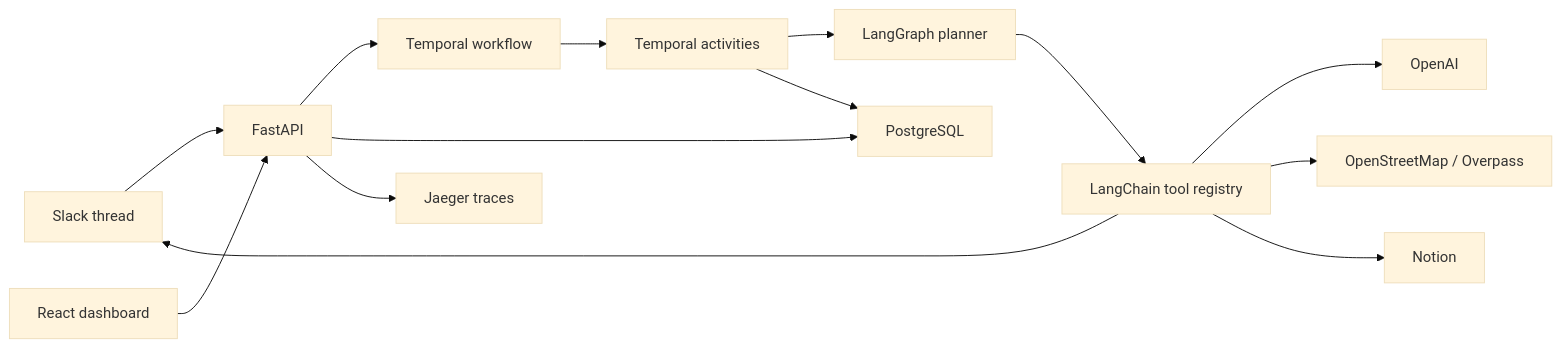
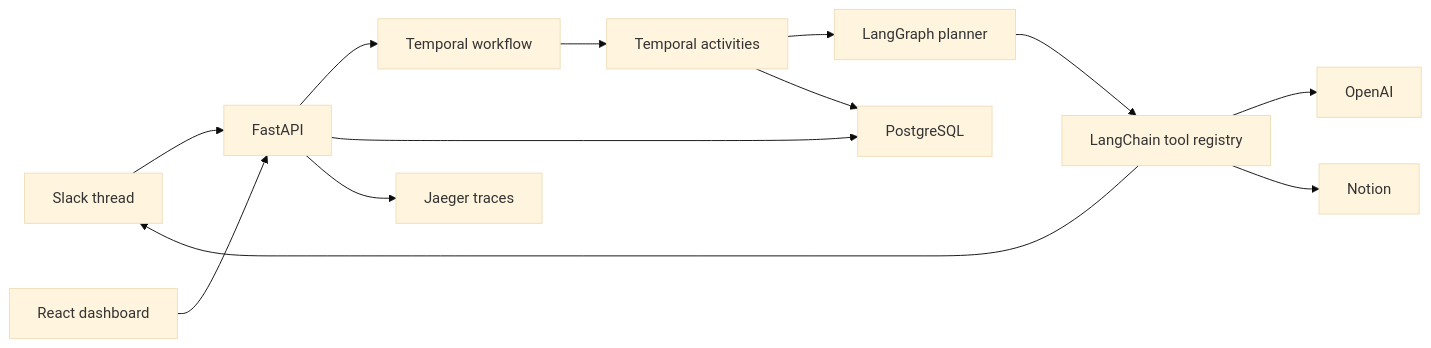
One commit to sivagirish81/WayFinder changed the diagram in README.md. Above: the diagram before and after it, drawn with Mermaid (base theme). The commit also changed other lines of this file and 6 other files, not shown here.

````diff
--- a/README.md
+++ b/README.md
@@ -17,16 +17,15 @@
 ```mermaid
 flowchart LR
   Slack["Slack thread"] --> API["FastAPI"]
   Dashboard["React dashboard"] --> API
   API --> Temporal["Temporal workflow"]
   Temporal --> Activities["Temporal activities"]
   Activities --> Graph["LangGraph planner"]
   Graph --> Tools["LangChain tool registry"]
   Tools --> OpenAI["OpenAI"]
-  Tools --> OSM["OpenStreetMap / Overpass"]
   Tools --> Notion["Notion"]
   Tools --> Slack
   API --> Postgres["PostgreSQL"]
   Activities --> Postgres
   API --> Jaeger["Jaeger traces"]
 ```
````
